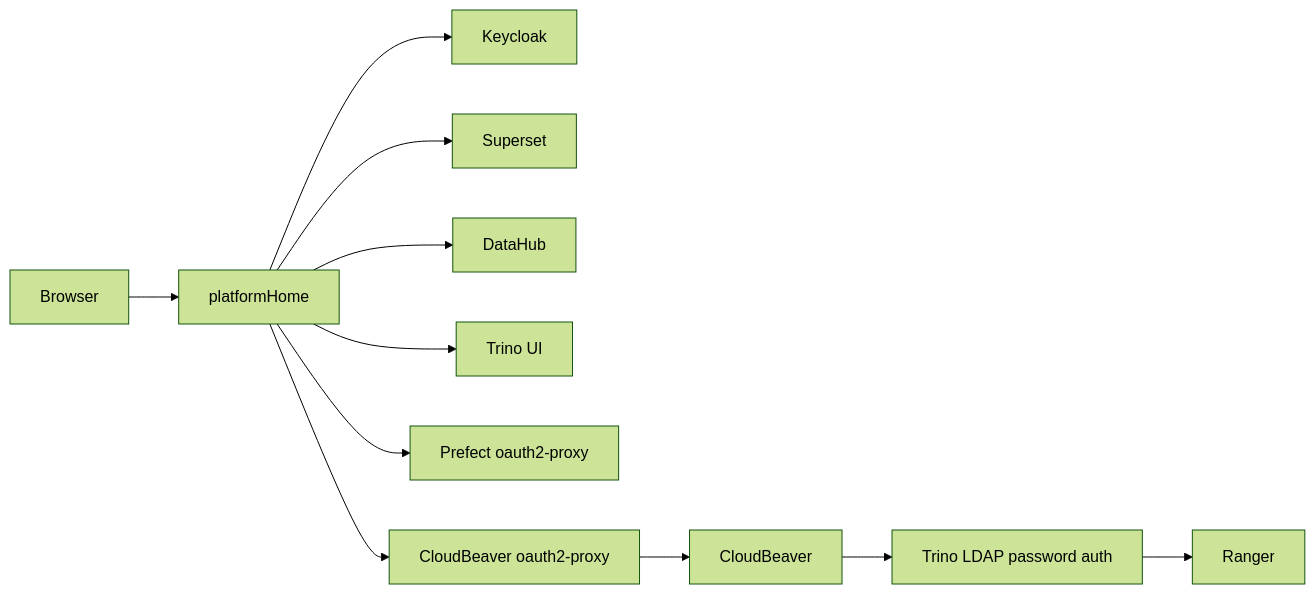
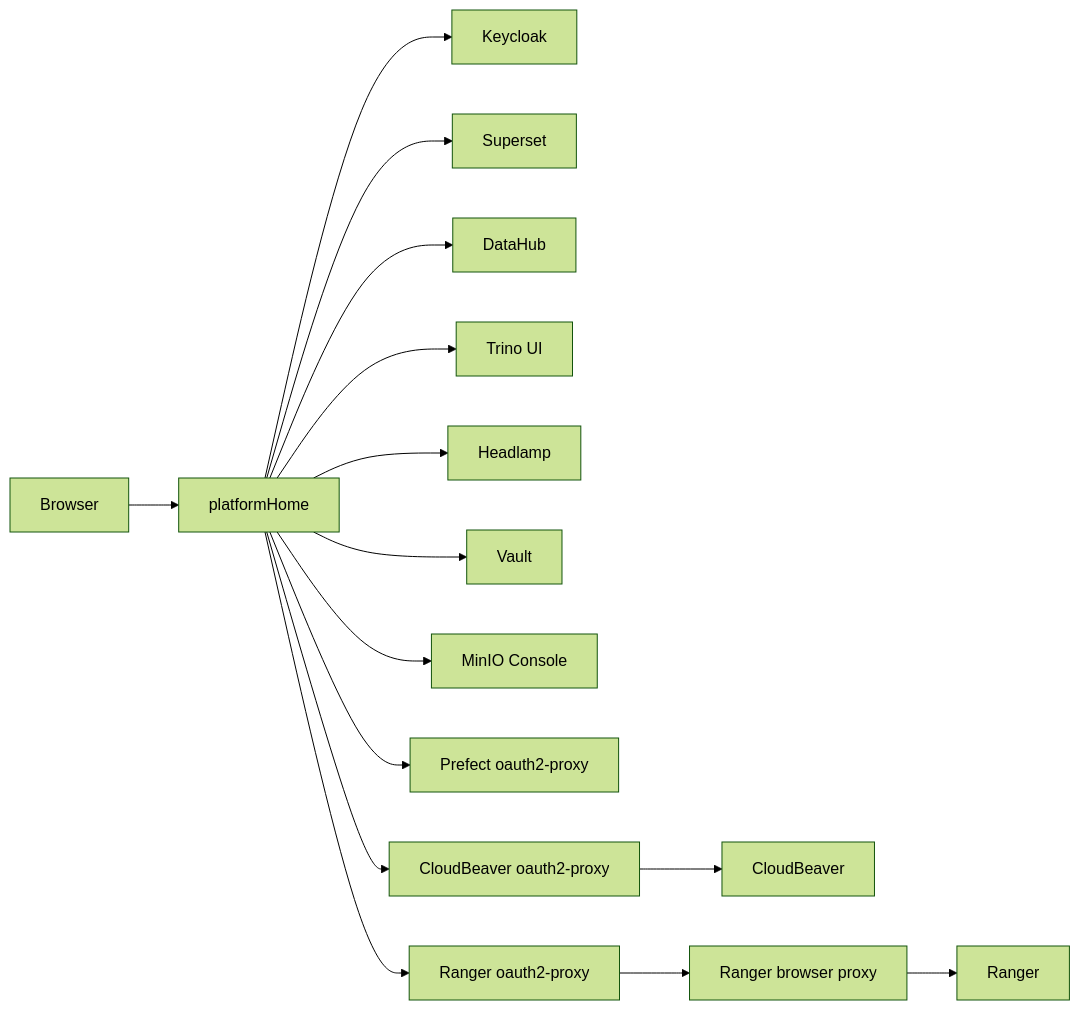
One commit to sanger-pathogens/dlh-in-a-box-umbrella-helm-chart changed the fourth of 5 diagrams in docs/auth-architecture.md. Above: the diagram before and after it, drawn with Mermaid (forest theme). The commit also changed other lines of this file and 9 other files, not shown here.

````diff
--- a/docs/auth-architecture.md
+++ b/docs/auth-architecture.md
@@ -165,13 +181,17 @@
 ```mermaid
 flowchart LR
   Browser[Browser] --> Portal[platformHome]
   Portal --> Keycloak[Keycloak]
   Portal --> Superset[Superset]
   Portal --> DataHub[DataHub]
   Portal --> Trino[Trino UI]
+  Portal --> Headlamp[Headlamp]
+  Portal --> Vault[Vault]
+  Portal --> MinIO[MinIO Console]
   Portal --> PrefectProxy[Prefect oauth2-proxy]
   Portal --> CloudBeaverProxy[CloudBeaver oauth2-proxy]
+  Portal --> RangerProxy[Ranger oauth2-proxy]
   CloudBeaverProxy --> CloudBeaver[CloudBeaver]
-  CloudBeaver --> TrinoPassword[Trino LDAP password auth]
-  TrinoPassword --> Ranger[Ranger]
+  RangerProxy --> RangerBrowserProxy[Ranger browser proxy]
+  RangerBrowserProxy --> Ranger[Ranger]
 ```
````
